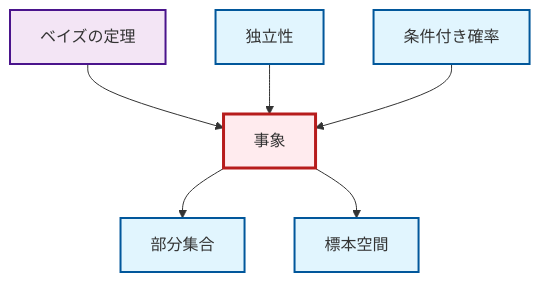
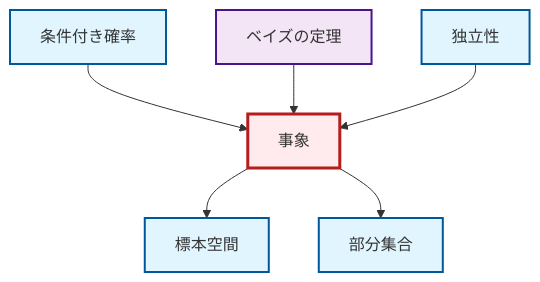
The diagram in output/mermaid/ja/def-event.mermaid (RK0429/ModernMath), drawn with Mermaid before and after one commit. The commit also changed other lines of this file and 1704 other files, not shown here.

```diff
--- a/output/mermaid/ja/def-event.mermaid
+++ b/output/mermaid/ja/def-event.mermaid
@@ -1,18 +1,18 @@
 graph TD
     classDef definition fill:#e1f5fe,stroke:#01579b,stroke-width:2px
     classDef theorem fill:#f3e5f5,stroke:#4a148c,stroke-width:2px
     classDef axiom fill:#fff3e0,stroke:#e65100,stroke-width:2px
     classDef example fill:#e8f5e9,stroke:#1b5e20,stroke-width:2px
     classDef current fill:#ffebee,stroke:#b71c1c,stroke-width:3px
-    def-sample-space["標本空間"]:::definition
     thm-bayes["ベイズの定理"]:::theorem
     def-independence["独立性"]:::definition
+    def-subset["部分集合"]:::definition
     def-conditional-probability["条件付き確率"]:::definition
     def-event["事象"]:::definition
-    def-subset["部分集合"]:::definition
-    thm-bayes --> def-event
-    def-independence --> def-event
-    def-event --> def-subset
+    def-sample-space["標本空間"]:::definition
     def-conditional-probability --> def-event
     def-event --> def-sample-space
+    thm-bayes --> def-event
+    def-event --> def-subset
+    def-independence --> def-event
     class def-event current
```
